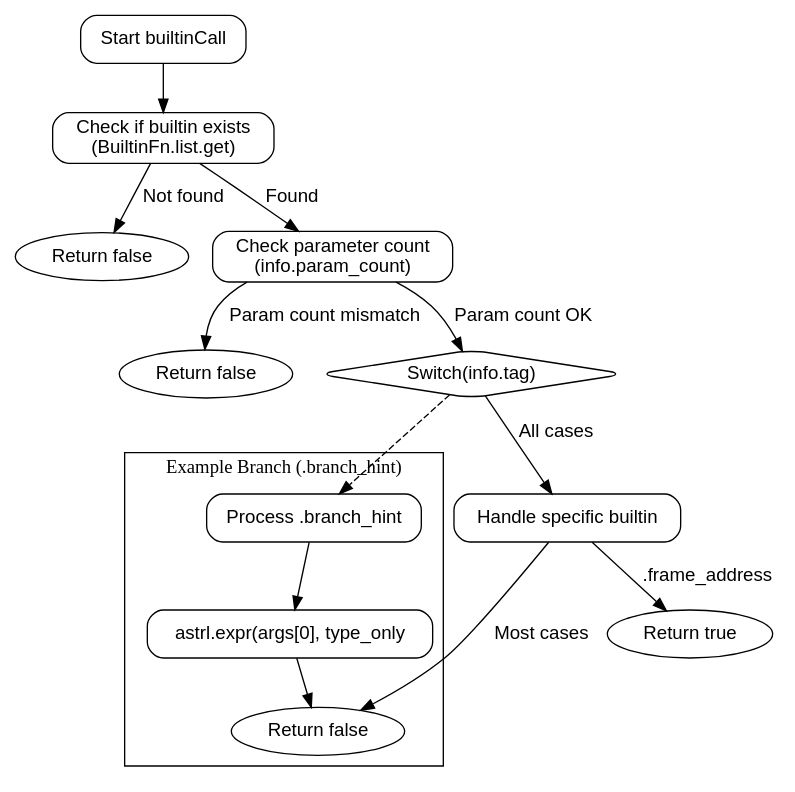
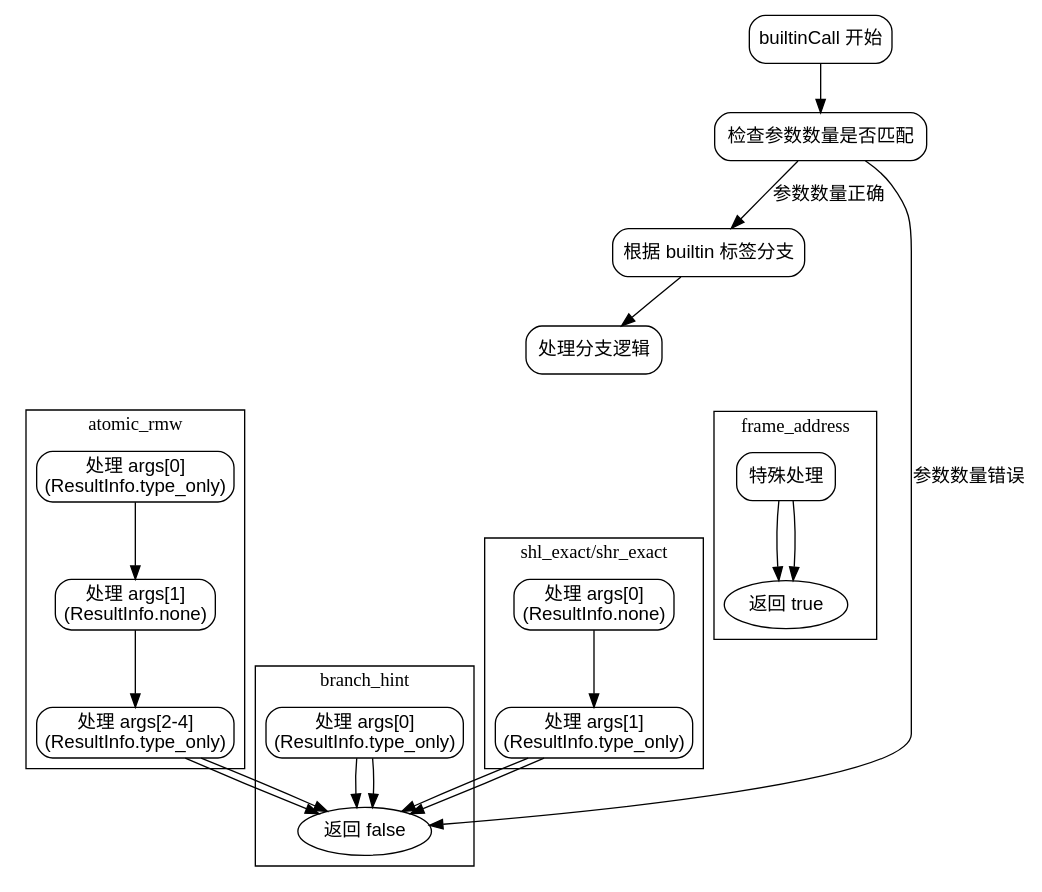
One commit to sdzx-1/deepseek-zig-reader changed the diagram in dot_std/zig/AstRlAnnotate.zig.builtinCall.md. Above: the diagram before and after it, drawn with Graphviz. The commit also changed other lines of this file and 236 other files, not shown here.

````diff
--- a/dot_std/zig/AstRlAnnotate.zig.builtinCall.md
+++ b/dot_std/zig/AstRlAnnotate.zig.builtinCall.md
@@ -19,37 +25,55 @@
 ```dot
 digraph flowchart {
-    node [shape=rectangle, style="rounded", fontname="Helvetica"];
-    edge [fontname="Helvetica"];
+    node [shape=rectangle, style="rounded", fontname="Arial"];
+    edge [fontname="Arial"];
 
-    start [label="Start builtinCall"];
-    check_builtin [label="Check if builtin exists\n(BuiltinFn.list.get)"];
-    return_false1 [label="Return false", shape="ellipse"];
-    check_param_count [label="Check parameter count\n(info.param_count)"];
-    return_false2 [label="Return false", shape="ellipse"];
-    switch_tag [label="Switch(info.tag)", shape="diamond"];
-    handle_case [label="Handle specific builtin"];
-    return_false3 [label="Return false", shape="ellipse"];
-    return_true [label="Return true", shape="ellipse"];
+    start [label="builtinCall 开始"];
+    check_params [label="检查参数数量是否匹配"];
+    switch_tag [label="根据 builtin 标签分支"];
+    return_false [label="返回 false"];
+    return_true [label="返回 true"];
+    handle_branch [label="处理分支逻辑"];
 
-    start -> check_builtin;
-    check_builtin -> return_false1 [label="Not found"];
-    check_builtin -> check_param_count [label="Found"];
-    check_param_count -> return_false2 [label="Param count mismatch"];
-    check_param_count -> switch_tag [label="Param count OK"];
+    start -> check_params;
+    check_params -> switch_tag [label="参数数量正确"];
+    check_params -> return_false [label="参数数量错误"];
 
-    switch_tag -> handle_case [label="All cases"];
-    handle_case -> return_false3 [label="Most cases"];
-    handle_case -> return_true [label=".frame_address"];
+    switch_tag -> handle_branch;
 
-    // 示例子流程（实际需要为每个分支单独展开）
-    subgraph cluster_example {
-        label="Example Branch (.branch_hint)";
-        branch_hint_start [label="Process .branch_hint"];
-        expr_arg0 [label="astrl.expr(args[0], type_only"];
-        branch_hint_start -> expr_arg0 -> return_false3;
+    /* 各分支处理示例 */
+    subgraph cluster_branch_hint {
+        label="branch_hint";
+        branch_hint [label="处理 args[0]\n(ResultInfo.type_only)"];
+        branch_hint -> return_false;
     }
 
-    // 连接到主流程
-    switch_tag -> branch_hint_start [style="dashed", lhead="cluster_example"];
+    subgraph cluster_frame_address {
+        label="frame_address";
+        frame_address [label="特殊处理"];
+        frame_address -> return_true;
+    }
+
+    subgraph cluster_shl_exact {
+        label="shl_exact/shr_exact";
+        shl_exact1 [label="处理 args[0]\n(ResultInfo.none)"];
+        shl_exact2 [label="处理 args[1]\n(ResultInfo.type_only)"];
+        shl_exact1 -> shl_exact2 -> return_false;
+    }
+
+    subgraph cluster_atomic_rmw {
+        label="atomic_rmw";
+        atomic_rmw1 [label="处理 args[0]\n(ResultInfo.type_only)"];
+        atomic_rmw2 [label="处理 args[1]\n(ResultInfo.none)"];
+        atomic_rmw3 [label="处理 args[2-4]\n(ResultInfo.type_only)"];
+        atomic_rmw1 -> atomic_rmw2 -> atomic_rmw3 -> return_false;
+    }
+
+    handle_branch -> {branch_hint, frame_address, shl_exact1, atomic_rmw1} [style="invis"];
+    
+    /* 连接公共出口 */
+    return_false [shape=oval];
+    return_true [shape=oval];
+    {branch_hint, shl_exact2, atomic_rmw3} -> return_false;
+    frame_address -> return_true;
 }
-```
+``` 
````
